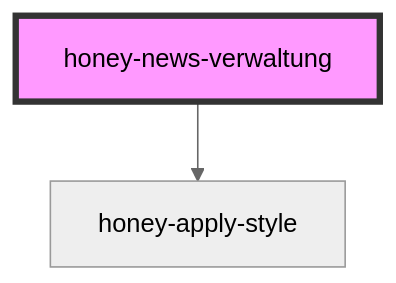
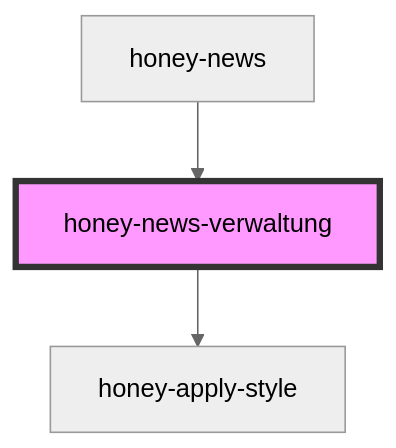
The diagram in src/components/honey-news/verwaltung/readme.md (Huluvu424242/honey-news), drawn with Mermaid (neutral theme) before and after one commit. The commit also changed other lines of this file and 18 other files, not shown here.

````diff
--- a/src/components/honey-news/verwaltung/readme.md
+++ b/src/components/honey-news/verwaltung/readme.md
@@ -22,5 +26,6 @@
 ```mermaid
 graph TD;
   honey-news-verwaltung --> honey-apply-style
+  honey-news --> honey-news-verwaltung
   style honey-news-verwaltung fill:#f9f,stroke:#333,stroke-width:4px
 ```
````
